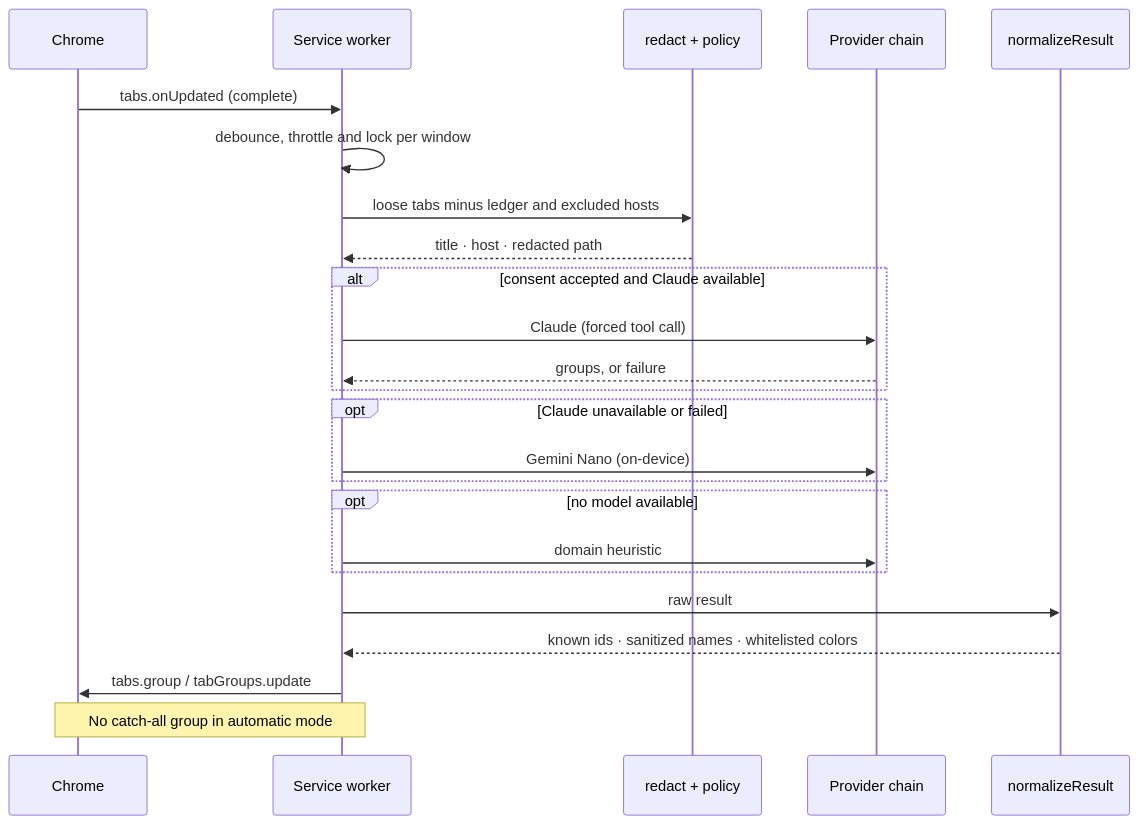
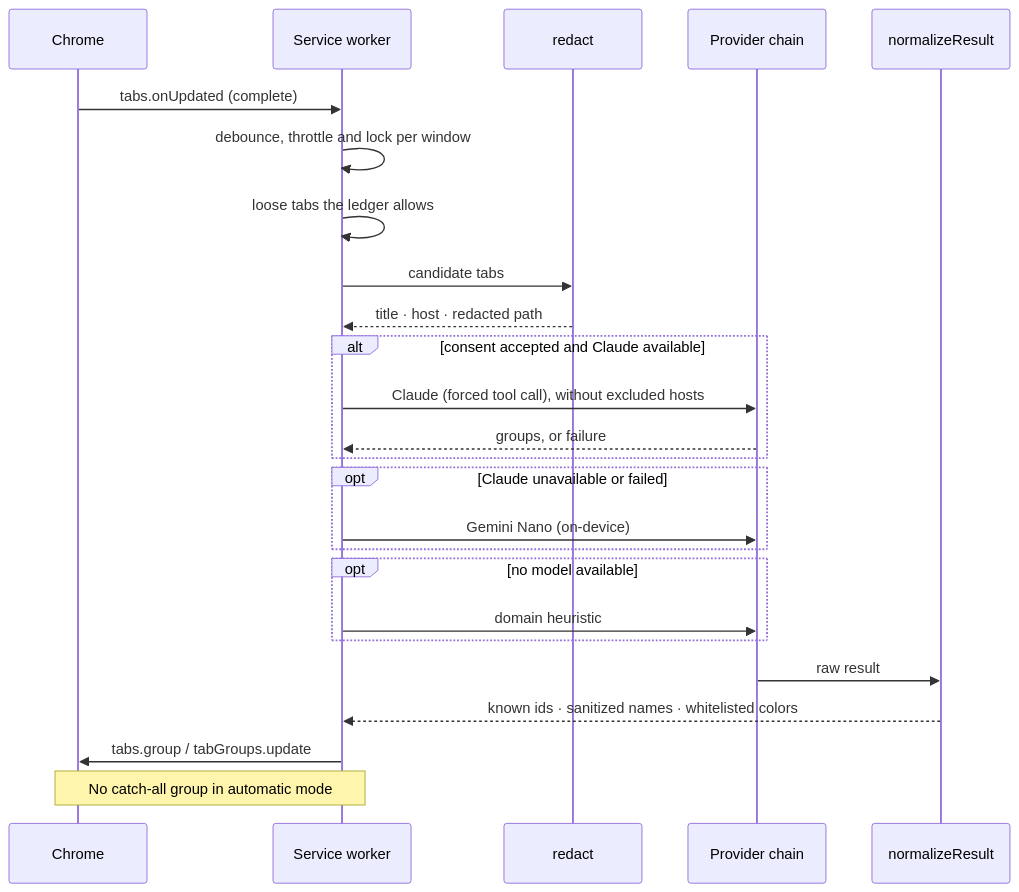
One commit to andreshma/ai-tab-grouper changed the seventh of 12 diagrams in docs/DIAGRAMS.md. Above: the diagram before and after it, drawn with Mermaid. The commit also changed other lines of this file and 63 other files, not shown here.

````diff
--- a/docs/DIAGRAMS.md
+++ b/docs/DIAGRAMS.md
@@ -71,27 +230,28 @@
 ```mermaid
 sequenceDiagram
     participant C as Chrome
     participant SW as Service worker
-    participant R as redact + policy
+    participant R as redact
     participant P as Provider chain
     participant V as normalizeResult
 
     C->>SW: tabs.onUpdated (complete)
     SW->>SW: debounce, throttle and lock per window
-    SW->>R: loose tabs minus ledger and excluded hosts
+    SW->>SW: loose tabs the ledger allows
+    SW->>R: candidate tabs
     R-->>SW: title · host · redacted path
     alt consent accepted and Claude available
-        SW->>P: Claude (forced tool call)
+        SW->>P: Claude (forced tool call), without excluded hosts
         P-->>SW: groups, or failure
     end
     opt Claude unavailable or failed
         SW->>P: Gemini Nano (on-device)
     end
     opt no model available
         SW->>P: domain heuristic
     end
-    SW->>V: raw result
+    P->>V: raw result
     V-->>SW: known ids · sanitized names · whitelisted colors
     SW->>C: tabs.group / tabGroups.update
     Note over SW,C: No catch-all group in automatic mode
 ```
````
